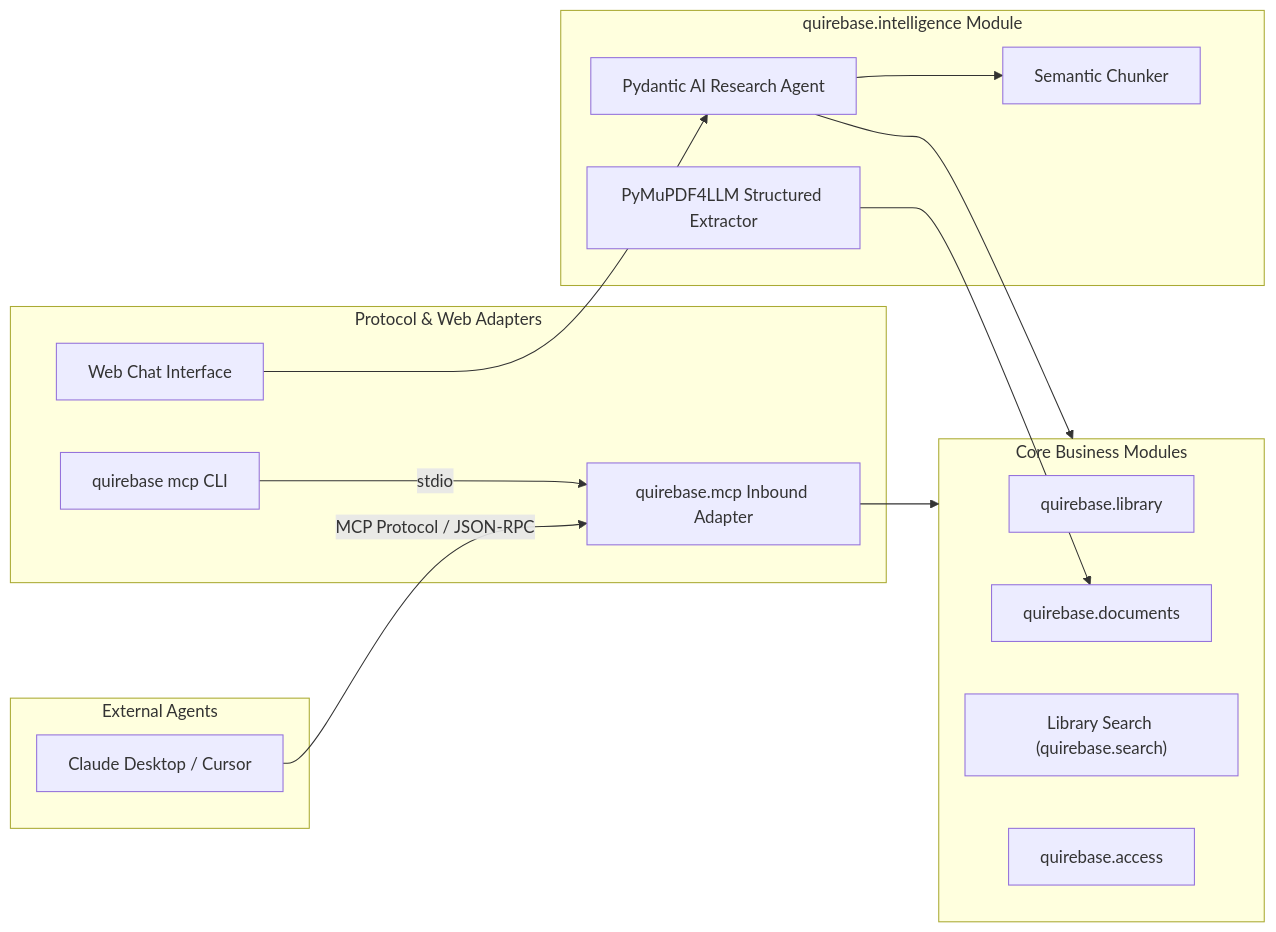
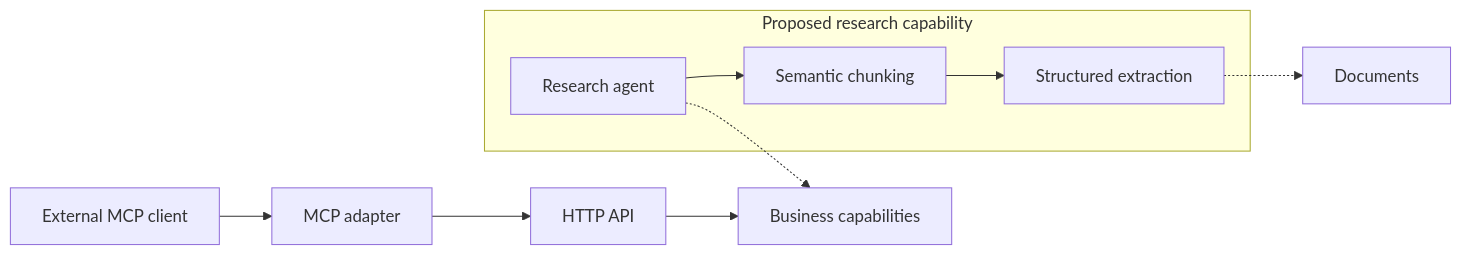
The diagram in docs/adr/0004-research-intelligence-mcp-and-agent.md (Jadeiin/quirebase), drawn with Mermaid before and after one commit. The commit also changed other lines of this file and 42 other files, not shown here.

````diff
--- a/docs/adr/0004-research-intelligence-mcp-and-agent.md
+++ b/docs/adr/0004-research-intelligence-mcp-and-agent.md
@@ -84,34 +99,15 @@
 ```mermaid
 graph LR
-  subgraph ExternalEcosystem[External Agents]
-    Claude[Claude Desktop / Cursor]
+  External[External MCP client] --> MCP[MCP adapter]
+  MCP --> API[HTTP API]
+  API --> Business[Business capabilities]
+  subgraph Proposed[Proposed research capability]
+    Agent[Research agent]
+    Chunker[Semantic chunking]
+    Extractor[Structured extraction]
+    Agent --> Chunker
+    Chunker --> Extractor
   end
-
-  subgraph Adapters[Protocol & Web Adapters]
-    MCP[quirebase.mcp Inbound Adapter]
-    CLI[quirebase mcp CLI]
-    Web[Web Chat Interface]
-  end
-
-  subgraph IntelligenceCapability[quirebase.intelligence Module]
-    Agent[Pydantic AI Research Agent]
-    Extractor[PyMuPDF4LLM Structured Extractor]
-    Chunker[Semantic Chunker]
-  end
-
-  subgraph CoreCapabilities[Core Business Modules]
-    Library[quirebase.library]
-    Documents[quirebase.documents]
-    LibrarySearch["Library Search (quirebase.search)"]
-    Access[quirebase.access]
-  end
-
-  Claude -->|MCP Protocol / JSON-RPC| MCP
-  CLI -->|stdio| MCP
-  Web --> Agent
-
-  MCP --> CoreCapabilities
-  Agent --> CoreCapabilities
-  Agent --> Chunker
-  Extractor --> Documents
+  Agent -.-> Business
+  Extractor -.-> Documents[Documents]
 ```
````
